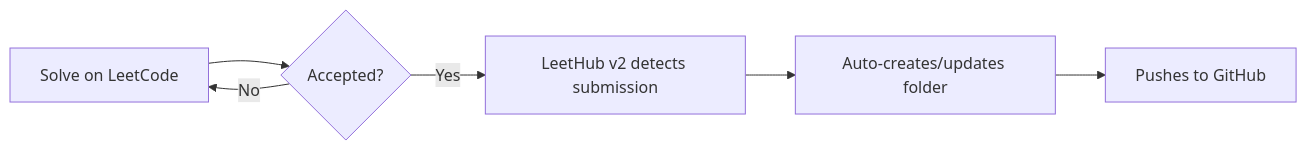
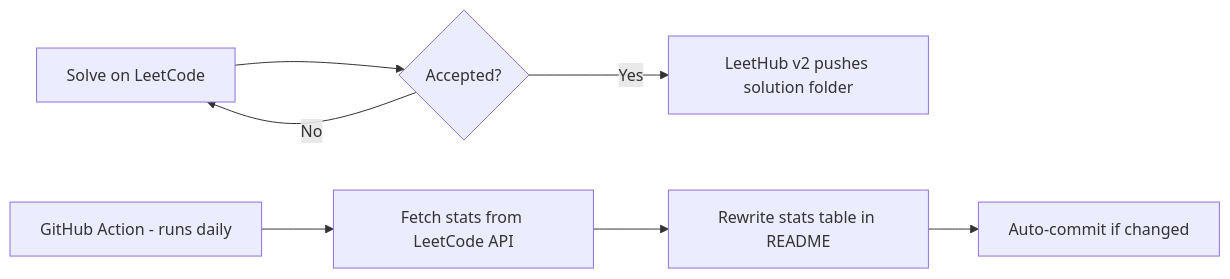
One commit to Mr-NILESH-KUMAR/leetcode changed the diagram in README.md. Above: the diagram before and after it, drawn with Mermaid. The commit also changed other lines of this file, not shown here.

````diff
--- a/README.md
+++ b/README.md
@@ -101,8 +113,9 @@
 ```mermaid
 flowchart LR
     A[Solve on LeetCode] --> B{Accepted?}
-    B -- Yes --> C[LeetHub v2 detects submission]
-    C --> D[Auto-creates/updates folder]
-    D --> E[Pushes to GitHub]
+    B -- Yes --> C[LeetHub v2 pushes solution folder]
     B -- No --> A
+    D[GitHub Action - runs daily] --> E[Fetch stats from LeetCode API]
+    E --> F[Rewrite stats table in README]
+    F --> G[Auto-commit if changed]
 ```
````
